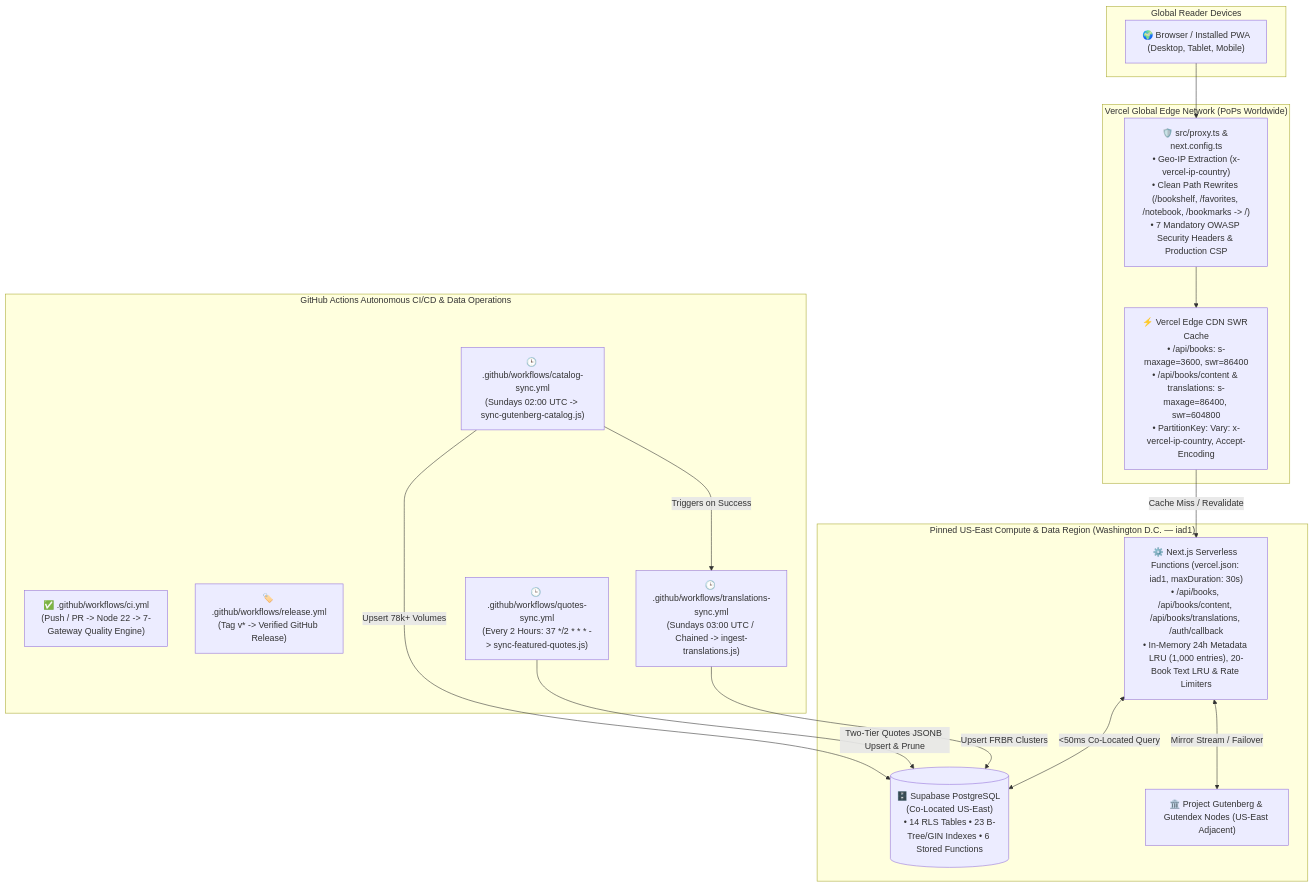
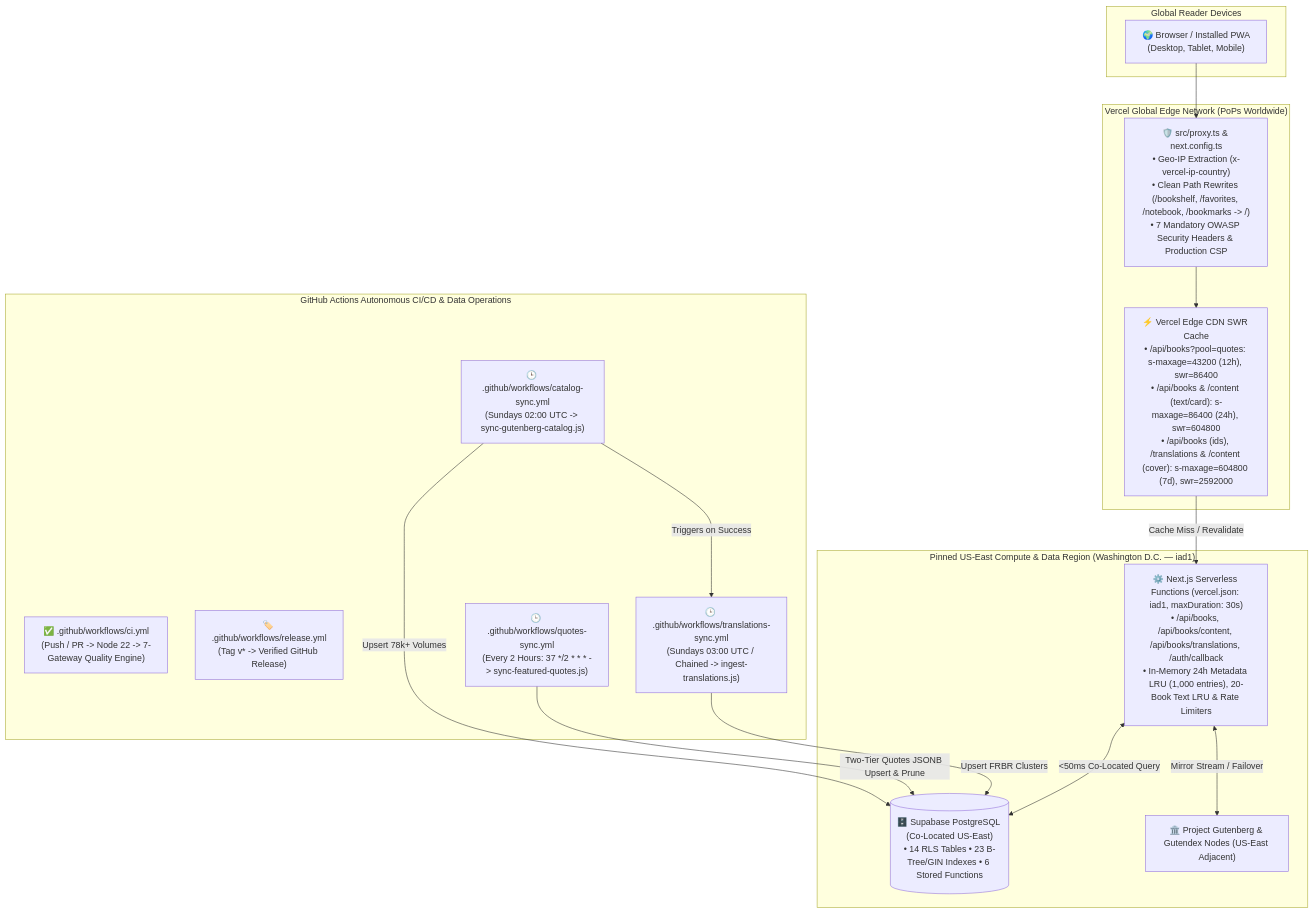
Before and after one commit to calin-m/Bookarium: diagram 12 of 13 in docs/ARCHITECTURE.md, drawn with Mermaid. The commit also changed other lines of this file and 9 other files, not shown here.

````diff
--- a/docs/ARCHITECTURE.md
+++ b/docs/ARCHITECTURE.md
@@ -1616,35 +1614,35 @@
 ```mermaid
 flowchart TD
     subgraph GlobalClients ["Global Reader Devices"]
         Client["🌍 Browser / Installed PWA\n(Desktop, Tablet, Mobile)"]
     end
 
     subgraph VercelEdgeNetwork ["Vercel Global Edge Network (PoPs Worldwide)"]
         EdgeProxy["🛡️ src/proxy.ts & next.config.ts\n• Geo-IP Extraction (x-vercel-ip-country)\n• Clean Path Rewrites (/bookshelf, /favorites, /notebook, /bookmarks -> /)\n• 7 Mandatory OWASP Security Headers & Production CSP"]
-        EdgeCDN["⚡ Vercel Edge CDN SWR Cache\n• /api/books: s-maxage=3600, swr=86400\n• /api/books/content & translations: s-maxage=86400, swr=604800\n• PartitionKey: Vary: x-vercel-ip-country, Accept-Encoding"]
+        EdgeCDN["⚡ Vercel Edge CDN SWR Cache\n• /api/books?pool=quotes: s-maxage=43200 (12h), swr=86400\n• /api/books & /content (text/card): s-maxage=86400 (24h), swr=604800\n• /api/books (ids), /translations & /content (cover): s-maxage=604800 (7d), swr=2592000"]
     end
 
     subgraph USCompute ["Pinned US-East Compute & Data Region (Washington D.C. — iad1)"]
         Serverless["⚙️ Next.js Serverless Functions (vercel.json: iad1, maxDuration: 30s)\n• /api/books, /api/books/content, /api/books/translations, /auth/callback\n• In-Memory 24h Metadata LRU (1,000 entries), 20-Book Text LRU & Rate Limiters"]
         SupabaseUS[("🗄️ Supabase PostgreSQL (Co-Located US-East)\n• 14 RLS Tables • 23 B-Tree/GIN Indexes • 6 Stored Functions")]
         GutenbergUS["🏛️ Project Gutenberg & Gutendex Nodes (US-East Adjacent)"]
     end
 
     subgraph GitHubOps ["GitHub Actions Autonomous CI/CD & Data Operations"]
         CIWorkflow["✅ .github/workflows/ci.yml\n(Push / PR -> Node 22 -> 7-Gateway Quality Engine)"]
         ReleaseWorkflow["🏷️ .github/workflows/release.yml\n(Tag v* -> Verified GitHub Release)"]
         CatalogCron["🕒 .github/workflows/catalog-sync.yml\n(Sundays 02:00 UTC -> sync-gutenberg-catalog.js)"]
         TransCron["🕒 .github/workflows/translations-sync.yml\n(Sundays 03:00 UTC / Chained -> ingest-translations.js)"]
         QuotesCron["🕒 .github/workflows/quotes-sync.yml\n(Every 2 Hours: 37 */2 * * * -> sync-featured-quotes.js)"]
     end
 
     Client --> EdgeProxy
     EdgeProxy --> EdgeCDN
     EdgeCDN -->|"Cache Miss / Revalidate"| Serverless
     Serverless <-->|"<50ms Co-Located Query"| SupabaseUS
     Serverless <-->|"Mirror Stream / Failover"| GutenbergUS
     CatalogCron -->|"Upsert 78k+ Volumes"| SupabaseUS
     CatalogCron -->|"Triggers on Success"| TransCron
     TransCron -->|"Upsert FRBR Clusters"| SupabaseUS
     QuotesCron -->|"Two-Tier Quotes JSONB Upsert & Prune"| SupabaseUS
 ```
````
